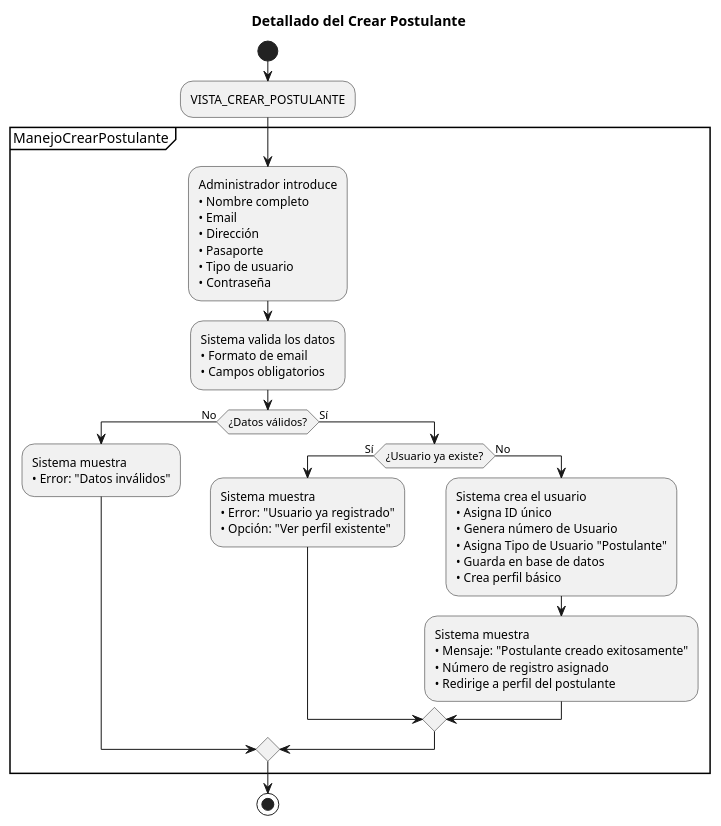
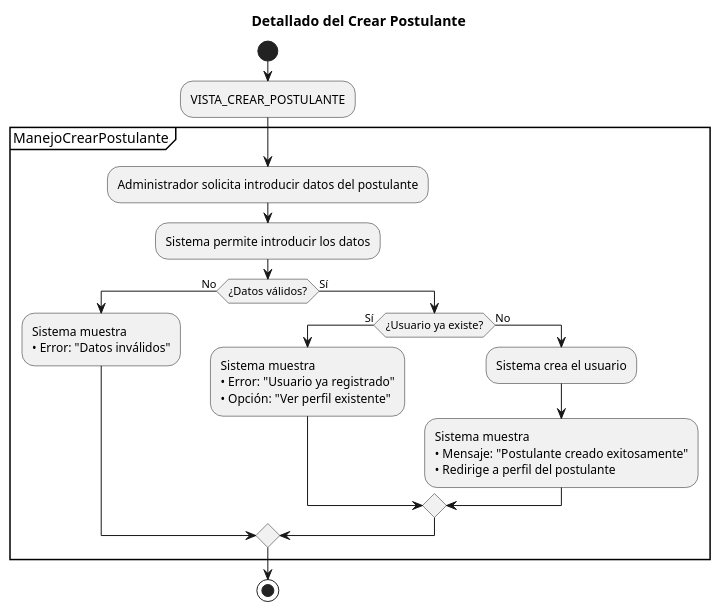
Before and after one commit to Dievex/24-25-IdSw1-SDR: the diagram in casos_de_uso/diagramas_casos_de_uso_detallados/crear_postulante.puml, drawn with PlantUML.

Commit message:
refactor(use_case_diagram): simplify crear_postulante diagram by reducing verbosity

```diff
--- a/casos_de_uso/diagramas_casos_de_uso_detallados/crear_postulante.puml
+++ b/casos_de_uso/diagramas_casos_de_uso_detallados/crear_postulante.puml
@@ -1,55 +1,40 @@
 @startuml
 title Detallado del Crear Postulante
 
 start
 
 :VISTA_CREAR_POSTULANTE;
 
 partition ManejoCrearPostulante {
   
-  :Administrador introduce
-  • Nombre completo
-  • Email
-  • Dirección
-  • Pasaporte
-  • Tipo de usuario
-  • Contraseña;
+  :Administrador solicita introducir datos del postulante;
 
-  
-  :Sistema valida los datos
-  • Formato de email
-  • Campos obligatorios;
+  :Sistema permite introducir los datos;
   
   if (¿Datos válidos?) then (No)
     :Sistema muestra
     • Error: "Datos inválidos";
    
   
     
   else (Sí)
     if (¿Usuario ya existe?) then (Sí)
       :Sistema muestra
       • Error: "Usuario ya registrado"
       • Opción: "Ver perfil existente";
       
     else (No)
-      :Sistema crea el usuario
-      • Asigna ID único
-      • Genera número de Usuario
-      • Asigna Tipo de Usuario "Postulante"
-      • Guarda en base de datos
-      • Crea perfil básico;
+      :Sistema crea el usuario;
       
       :Sistema muestra
       • Mensaje: "Postulante creado exitosamente"
-      • Número de registro asignado
       • Redirige a perfil del postulante;
       
     endif
     
   endif
   
 }
 
 stop
 @enduml
```
